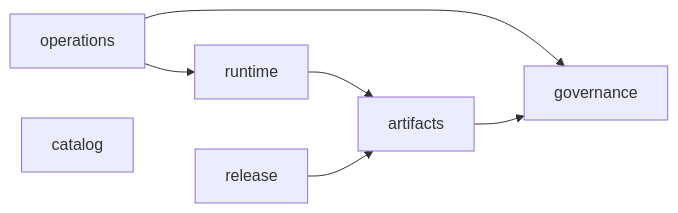
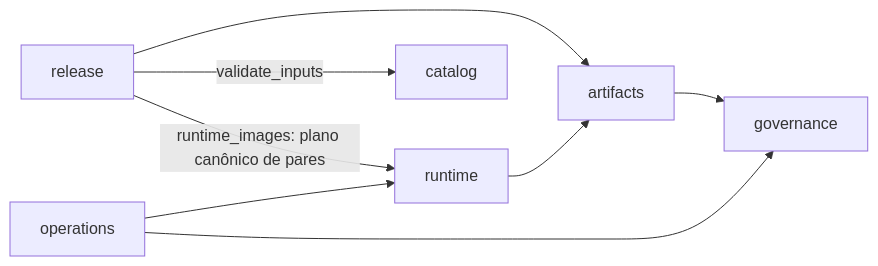
The diagram in docs/repository-architecture.md (alric-corp/alric-containers-image-base), drawn with Mermaid before and after one commit. The commit also changed other lines of this file and 14 other files, not shown here.

````diff
--- a/docs/repository-architecture.md
+++ b/docs/repository-architecture.md
@@ -52,9 +52,10 @@
 ```mermaid
 flowchart LR
     operations --> governance
     operations --> runtime
     runtime --> artifacts
     release --> artifacts
+    release -->|runtime_images: plano canônico de pares| runtime
+    release -->|validate_inputs| catalog
     artifacts --> governance
-    catalog
 ```
````
